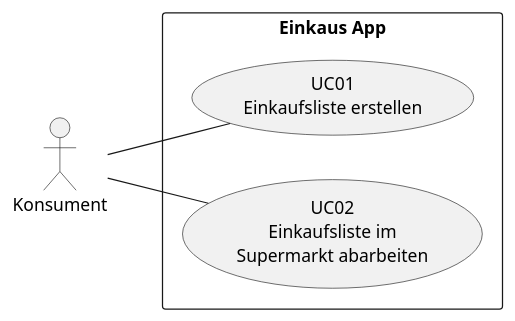
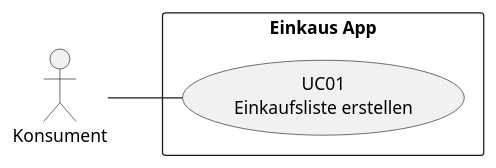
Before and after one commit to PhilipStolz/BDD_Einkaufsliste: the diagram in System/documentation/use_case_map.iuml, drawn with PlantUML. The commit also changed 7 other files, not shown here.

```diff
--- a/System/documentation/use_case_map.iuml
+++ b/System/documentation/use_case_map.iuml
@@ -1,13 +1,12 @@
 @startuml
 left to right direction
 
 :Konsument: as act01
 
 rectangle "Einkaus App" {
     "UC01\nEinkaufsliste erstellen" as (uc01)
-    "UC02\nEinkaufsliste im\nSupermarkt abarbeiten" as (uc02)
 }
 
 act01 -- (uc01)
-act01 -- (uc02)
+
 @enduml
```
